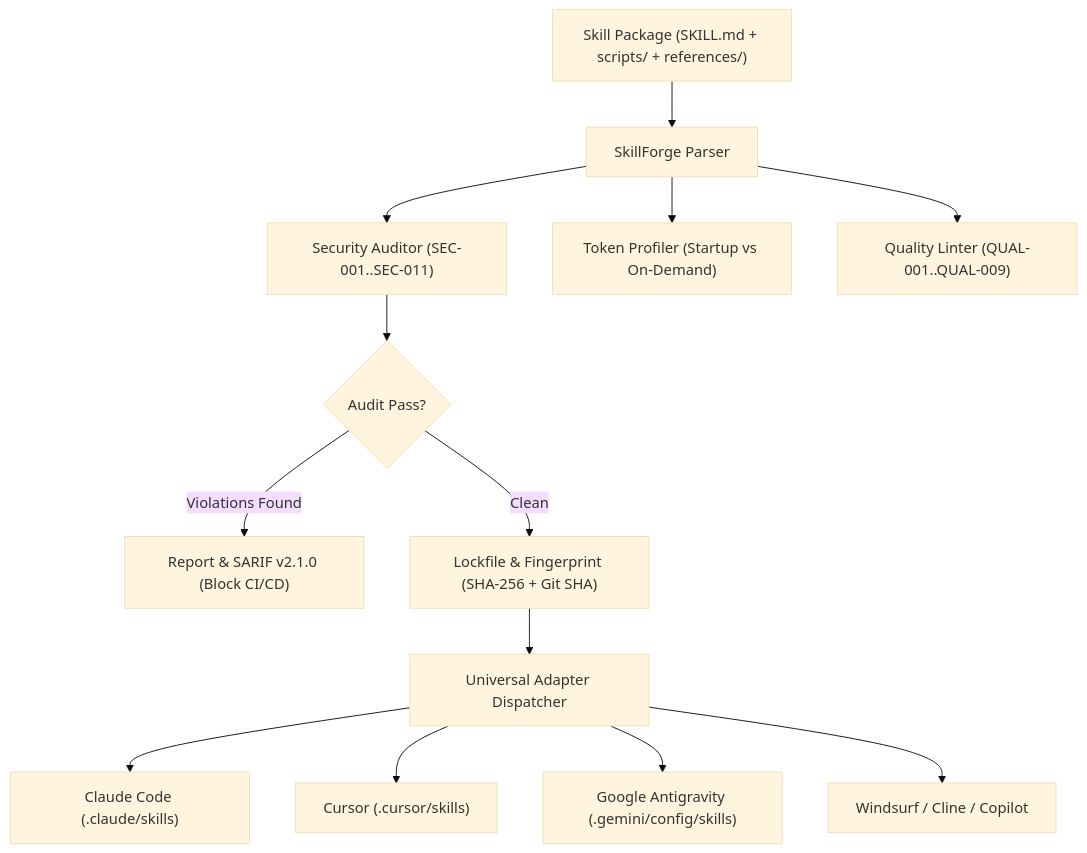
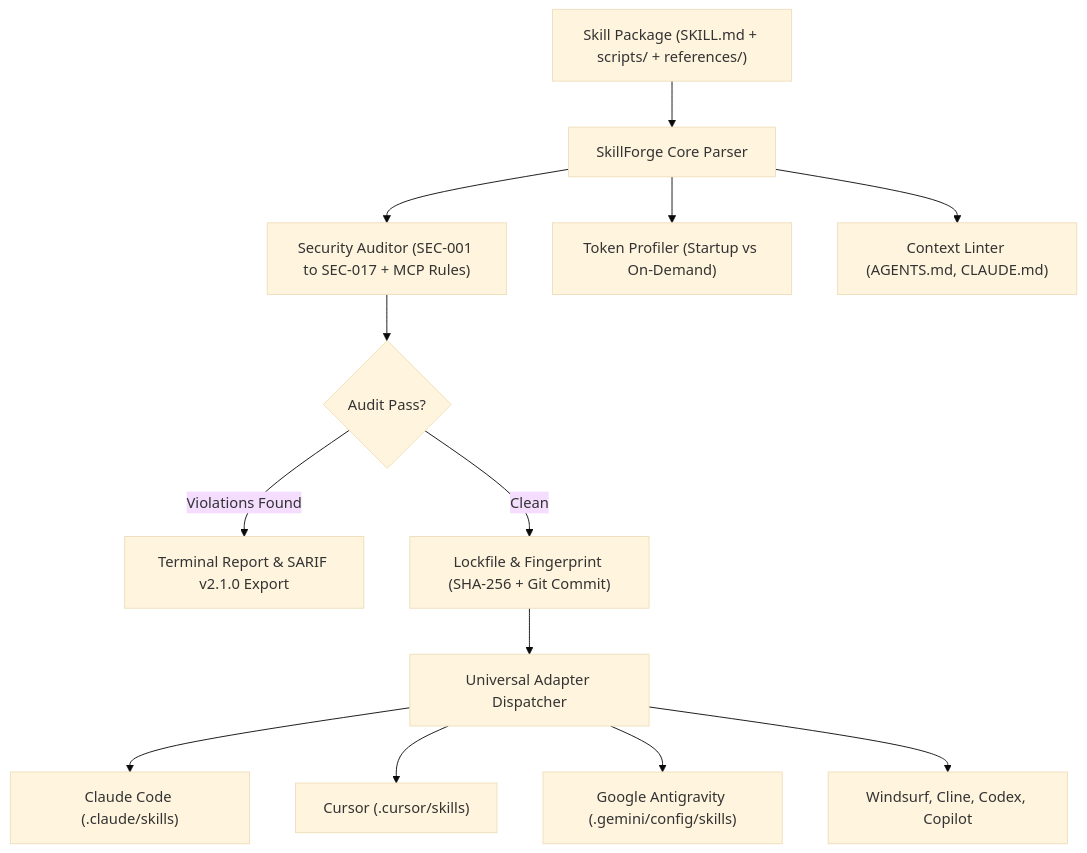
Before and after one commit to gintingism/skillforge: the diagram in wiki/Home.md, drawn with Mermaid (base theme). The commit also changed other lines of this file and 8 other files, not shown here.

````diff
--- a/wiki/Home.md
+++ b/wiki/Home.md
@@ -44,17 +48,17 @@
 ```mermaid
 flowchart TD
-    A["Skill Package (SKILL.md + scripts/ + references/)"] --> B["SkillForge Parser"]
-    B --> C["Security Auditor (SEC-001..SEC-011)"]
+    A["Skill Package (SKILL.md + scripts/ + references/)"] --> B["SkillForge Core Parser"]
+    B --> C["Security Auditor (SEC-001 to SEC-017 + MCP Rules)"]
     B --> D["Token Profiler (Startup vs On-Demand)"]
-    B --> E["Quality Linter (QUAL-001..QUAL-009)"]
+    B --> E["Context Linter (AGENTS.md, CLAUDE.md)"]
     
     C --> F{"Audit Pass?"}
-    F -- "Violations Found" --> G["Report & SARIF v2.1.0 (Block CI/CD)"]
-    F -- "Clean" --> H["Lockfile & Fingerprint (SHA-256 + Git SHA)"]
+    F -->|Violations Found| G["Terminal Report & SARIF v2.1.0 Export"]
+    F -->|Clean| H["Lockfile & Fingerprint (SHA-256 + Git Commit)"]
     
     H --> I["Universal Adapter Dispatcher"]
     I --> J["Claude Code (.claude/skills)"]
     I --> K["Cursor (.cursor/skills)"]
     I --> L["Google Antigravity (.gemini/config/skills)"]
-    I --> M["Windsurf / Cline / Copilot"]
+    I --> M["Windsurf, Cline, Codex, Copilot"]
 ```
````
